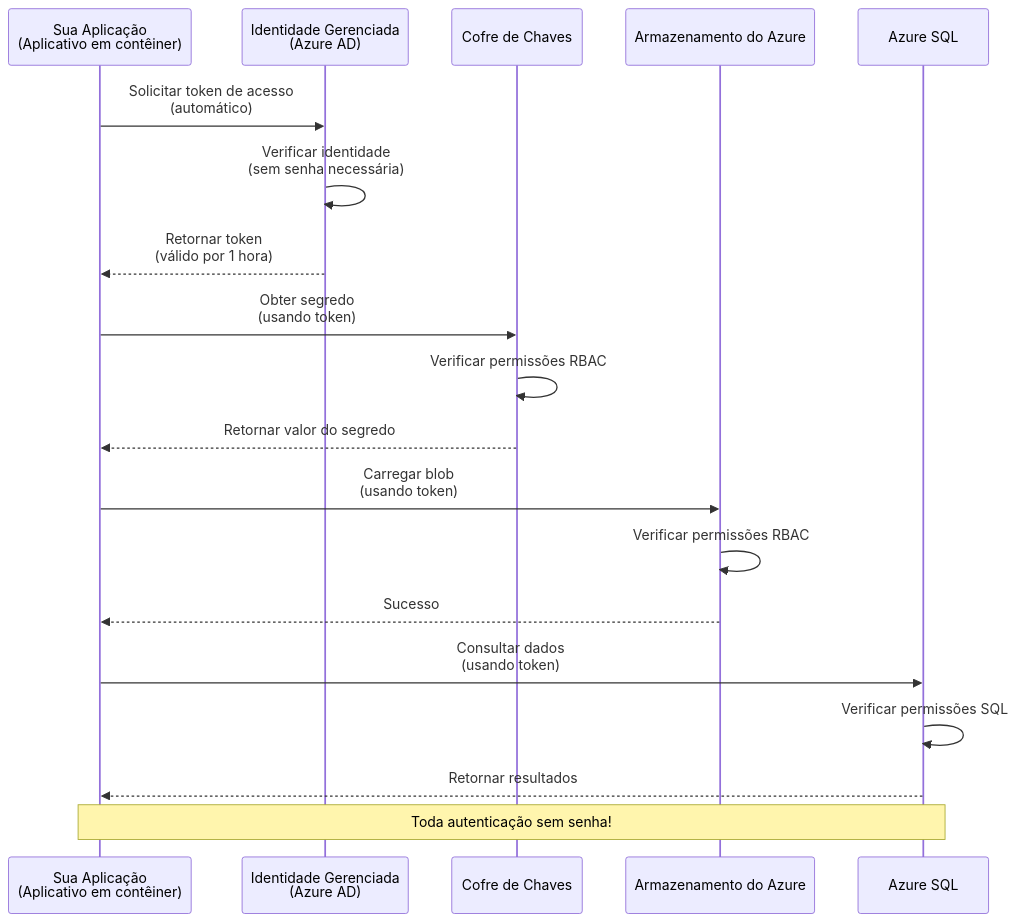
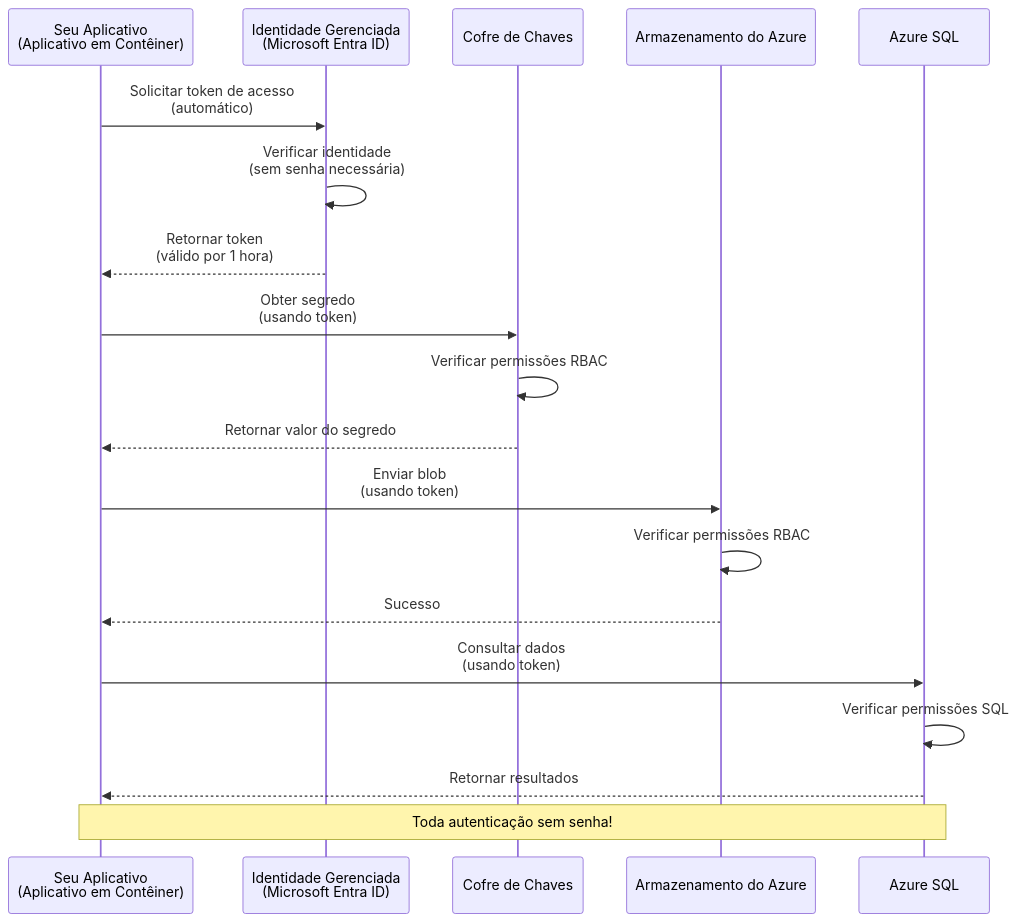
The first of 2 diagrams in translations/pt-BR/docs/chapter-03-configuration/authsecurity.md (microsoft/AZD-for-beginners), drawn with Mermaid before and after one commit. The commit also changed other lines of this file and 104 other files, not shown here.

````diff
--- a/translations/pt-BR/docs/chapter-03-configuration/authsecurity.md
+++ b/translations/pt-BR/docs/chapter-03-configuration/authsecurity.md
@@ -69,26 +69,26 @@
 ```mermaid
 sequenceDiagram
-    participant App as Sua Aplicação<br/>(Aplicativo em contêiner)
-    participant MI as Identidade Gerenciada<br/>(Azure AD)
+    participant App as Seu Aplicativo<br/>(Aplicativo em Contêiner)
+    participant MI as Identidade Gerenciada<br/>(Microsoft Entra ID)
     participant KV as Cofre de Chaves
     participant Storage as Armazenamento do Azure
     participant DB as Azure SQL
     
     App->>MI: Solicitar token de acesso<br/>(automático)
     MI->>MI: Verificar identidade<br/>(sem senha necessária)
     MI-->>App: Retornar token<br/>(válido por 1 hora)
     
     App->>KV: Obter segredo<br/>(usando token)
     KV->>KV: Verificar permissões RBAC
     KV-->>App: Retornar valor do segredo
     
-    App->>Storage: Carregar blob<br/>(usando token)
+    App->>Storage: Enviar blob<br/>(usando token)
     Storage->>Storage: Verificar permissões RBAC
     Storage-->>App: Sucesso
     
     App->>DB: Consultar dados<br/>(usando token)
     DB->>DB: Verificar permissões SQL
     DB-->>App: Retornar resultados
     
     Note over App,DB: Toda autenticação sem senha!
 ```
````
